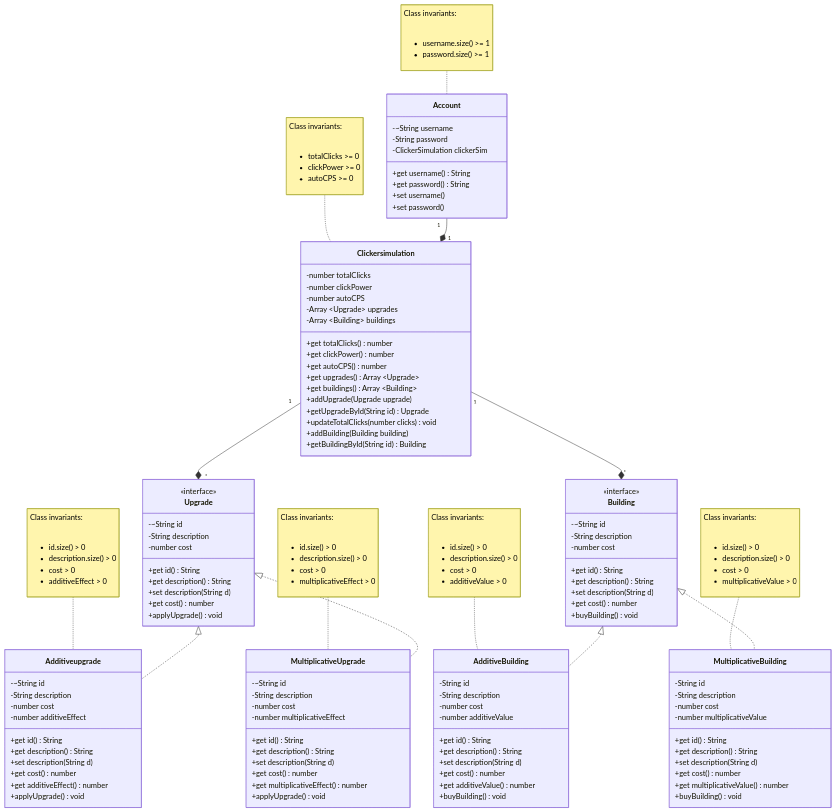
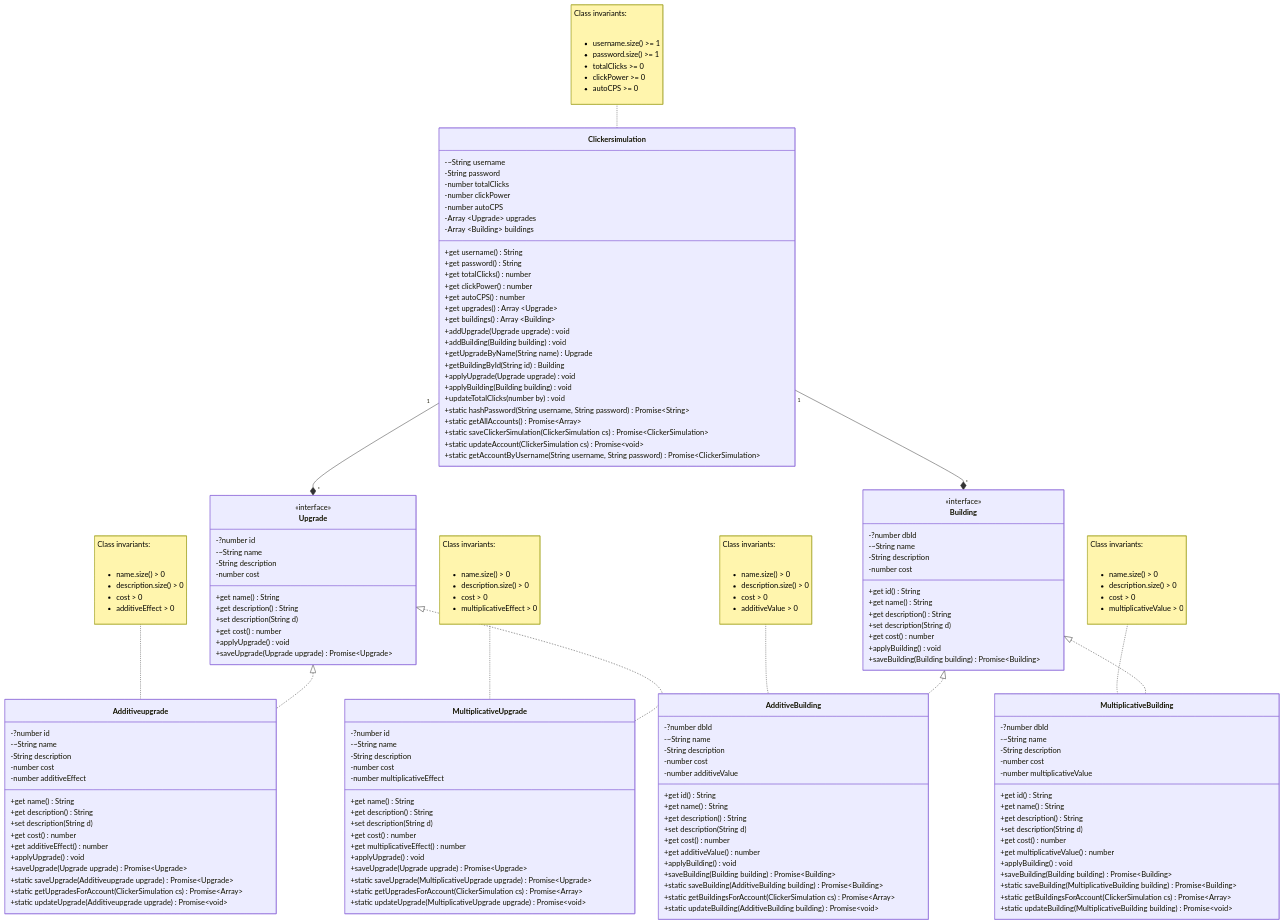
One commit to tsuki0272/Clicker_Project changed the diagram in domain.md. Above: the diagram before and after it, drawn with Mermaid. The commit also changed other lines of this file and 21 other files, not shown here.

First line of the commit message:
Add account persistence and login flow

````diff
--- a/domain.md
+++ b/domain.md
@@ -32,177 +41,197 @@
 ```mermaid
 classDiagram
-    class Account {
+    class Clickersimulation {
         -~String username
         -String password
-        -ClickerSimulation clickerSim
-        
-        +get username() String
-        +get password() String
-        +set username() 
-        +set password()
-    }
-    
-    class Clickersimulation {
         -number totalClicks
         -number clickPower
         -number autoCPS
         -Array ~Upgrade~ upgrades
         -Array ~Building~ buildings
-        
+
+        +get username() String
+        +get password() String
         +get totalClicks() number
         +get clickPower() number
         +get autoCPS() number
         +get upgrades() Array ~Upgrade~
         +get buildings() Array ~Building~
-        +addUpgrade(Upgrade upgrade)
-        +getUpgradeById(String id) Upgrade
-        +updateTotalClicks(number clicks) void
-        +addBuilding(Building building)
+        +addUpgrade(Upgrade upgrade) void
+        +addBuilding(Building building) void
+        +getUpgradeByName(String name) Upgrade
         +getBuildingById(String id) Building
+        +applyUpgrade(Upgrade upgrade) void
+        +applyBuilding(Building building) void
+        +updateTotalClicks(number by) void
+        +static hashPassword(String username, String password) Promise~String~
+        +static getAllAccounts() Promise~Array~
+        +static saveClickerSimulation(ClickerSimulation cs) Promise~ClickerSimulation~
+        +static updateAccount(ClickerSimulation cs) Promise~void~
+        +static getAccountByUsername(String username, String password) Promise~ClickerSimulation~
     }
-    
+
     class Upgrade {
         <<interface>>
-        -~String id
+        -?number id
+        -~String name
         -String description
         -number cost
-        
-        +get id() String
+
+        +get name() String
         +get description() String
         +set description(String d)
         +get cost() number
-        
+
         +applyUpgrade() void
+        +saveUpgrade(Upgrade upgrade) Promise~Upgrade~
     }
-    
+
     class Additiveupgrade {
-        -~String id
+        -?number id
+        -~String name
         -String description
         -number cost
         -number additiveEffect
 
-        +get id() String
+        +get name() String
         +get description() String
         +set description(String d)
         +get cost() number
         +get additiveEffect() number
-        
+
         +applyUpgrade() void
+        +saveUpgrade(Upgrade upgrade) Promise~Upgrade~
+        +static saveUpgrade(Additiveupgrade upgrade) Promise~Upgrade~
+        +static getUpgradesForAccount(ClickerSimulation cs) Promise~Array~
+        +static updateUpgrade(Additiveupgrade upgrade) Promise~void~
     }
 
     class MultiplicativeUpgrade {
-        -~String id
+        -?number id
+        -~String name
         -String description
         -number cost
         -number multiplicativeEffect
 
-        +get id() String
+        +get name() String
         +get description() String
         +set description(String d)
         +get cost() number
         +get multiplicativeEffect() number
-        
+
         +applyUpgrade() void
+        +saveUpgrade(Upgrade upgrade) Promise~Upgrade~
+        +static saveUpgrade(MultiplicativeUpgrade upgrade) Promise~Upgrade~
+        +static getUpgradesForAccount(ClickerSimulation cs) Promise~Array~
+        +static updateUpgrade(MultiplicativeUpgrade upgrade) Promise~void~
     }
 
     class Building {
         <<interface>>
-        -~String id
+        -?number dbId
+        -~String name
         -String description
         -number cost
 
         +get id() String
+        +get name() String
         +get description() String
         +set description(String d)
         +get cost() number
 
-        +buyBuilding() void
+        +applyBuilding() void
+        +saveBuilding(Building building) Promise~Building~
     }
-    
+
     class AdditiveBuilding {
-        -String id
+        -?number dbId
+        -~String name
         -String description
         -number cost
         -number additiveValue
 
         +get id() String
+        +get name() String
         +get description() String
         +set description(String d)
         +get cost() number
         +get additiveValue() number
 
-        +buyBuilding() void
+        +applyBuilding() void
+        +saveBuilding(Building building) Promise~Building~
+        +static saveBuilding(AdditiveBuilding building) Promise~Building~
+        +static getBuildingsForAccount(ClickerSimulation cs) Promise~Array~
+        +static updateBuilding(AdditiveBuilding building) Promise~void~
     }
 
     class MultiplicativeBuilding {
-        -String id
+        -?number dbId
+        -~String name
         -String description
         -number cost
         -number multiplicativeValue
 
         +get id() String
+        +get name() String
         +get description() String
         +set description(String d)
         +get cost() number
         +get multiplicativeValue() number
 
-        +buyBuilding() void
+        +applyBuilding() void
+        +saveBuilding(Building building) Promise~Building~
+        +static saveBuilding(MultiplicativeBuilding building) Promise~Building~
+        +static getBuildingsForAccount(ClickerSimulation cs) Promise~Array~
+        +static updateBuilding(MultiplicativeBuilding building) Promise~void~
     }
 
-    note for Account "Class invariants:  
+    note for Clickersimulation "Class invariants:
     <ul>
         <li> username.size() >= 1
         <li> password.size() >= 1
-    </ul>
-    
-    "
-    
-    note for Clickersimulation "Class invariants:  
-    <ul>
         <li> totalClicks >= 0
         <li> clickPower >= 0
         <li> autoCPS >= 0
     </ul>"
-        
-    note for Additiveupgrade "Class invariants: 
+
+    note for Additiveupgrade "Class invariants:
     <ul>
-        <li> id.size() > 0
+        <li> name.size() > 0
         <li> description.size() > 0
         <li> cost > 0
         <li> additiveEffect > 0
     </ul>"
 
-    note for MultiplicativeUpgrade "Class invariants: 
+    note for MultiplicativeUpgrade "Class invariants:
     <ul>
-        <li> id.size() > 0
+        <li> name.size() > 0
         <li> description.size() > 0
         <li> cost > 0
         <li> multiplicativeEffect > 0
     </ul>"
 
-    note for AdditiveBuilding "Class invariants: 
+    note for AdditiveBuilding "Class invariants:
     <ul>
-        <li> id.size() > 0
+        <li> name.size() > 0
         <li> description.size() > 0
         <li> cost > 0
         <li> additiveValue > 0
     </ul>"
 
-    note for MultiplicativeBuilding "Class invariants: 
+    note for MultiplicativeBuilding "Class invariants:
     <ul>
-        <li> id.size() > 0
+        <li> name.size() > 0
         <li> description.size() > 0
         <li> cost > 0
         <li> multiplicativeValue > 0
     </ul>"
-    
-    Account "1" --* "1" Clickersimulation
+
     Clickersimulation "1" --* "*" Upgrade
     Clickersimulation "1" --* "*" Building
 
     Upgrade <|.. Additiveupgrade
     Upgrade <|.. MultiplicativeUpgrade
-    
+
     Building <|.. AdditiveBuilding
     Building <|.. MultiplicativeBuilding
 ```
````
